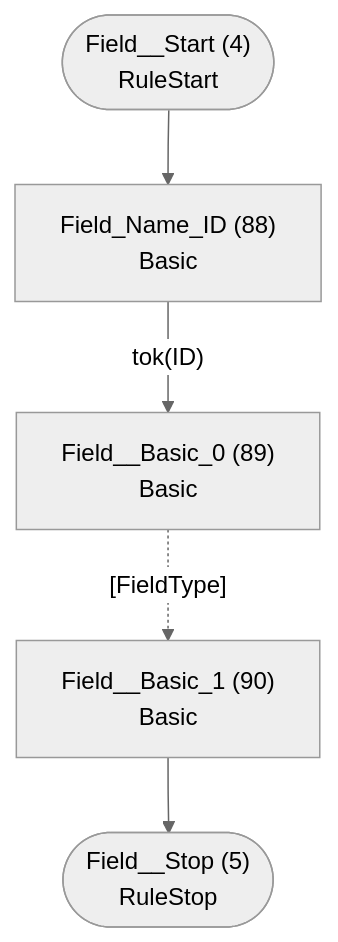
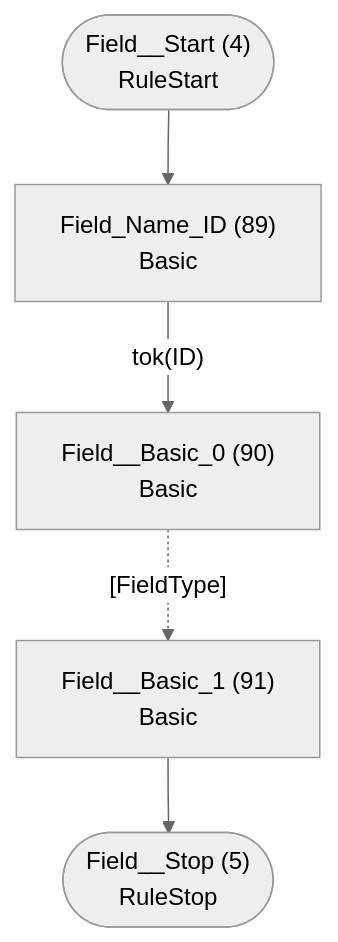
One commit to TypeFox/fastbelt changed the third of 26 diagrams in internal/grammar/atn.md. Above: the diagram before and after it, drawn with Mermaid (neutral theme). The commit also changed other lines of this file and 53 other files, not shown here.

````diff
--- a/internal/grammar/atn.md
+++ b/internal/grammar/atn.md
@@ -105,13 +107,13 @@
 ```mermaid
 flowchart TD
     q4(["Field__Start (4)<br/>RuleStart"])
     q5(["Field__Stop (5)<br/>RuleStop"])
-    q88["Field_Name_ID (88)<br/>Basic<br/>"]
-    q89["Field__Basic_0 (89)<br/>Basic<br/>"]
-    q90["Field__Basic_1 (90)<br/>Basic<br/>"]
+    q89["Field_Name_ID (89)<br/>Basic<br/>"]
+    q90["Field__Basic_0 (90)<br/>Basic<br/>"]
+    q91["Field__Basic_1 (91)<br/>Basic<br/>"]
 
-    q4 --> q88
-    q88 -->|"tok(ID)"| q89
-    q89 -.->|"[FieldType]"| q90
-    q90 --> q5
+    q4 --> q89
+    q89 -->|"tok(ID)"| q90
+    q90 -.->|"[FieldType]"| q91
+    q91 --> q5
 ```
````
